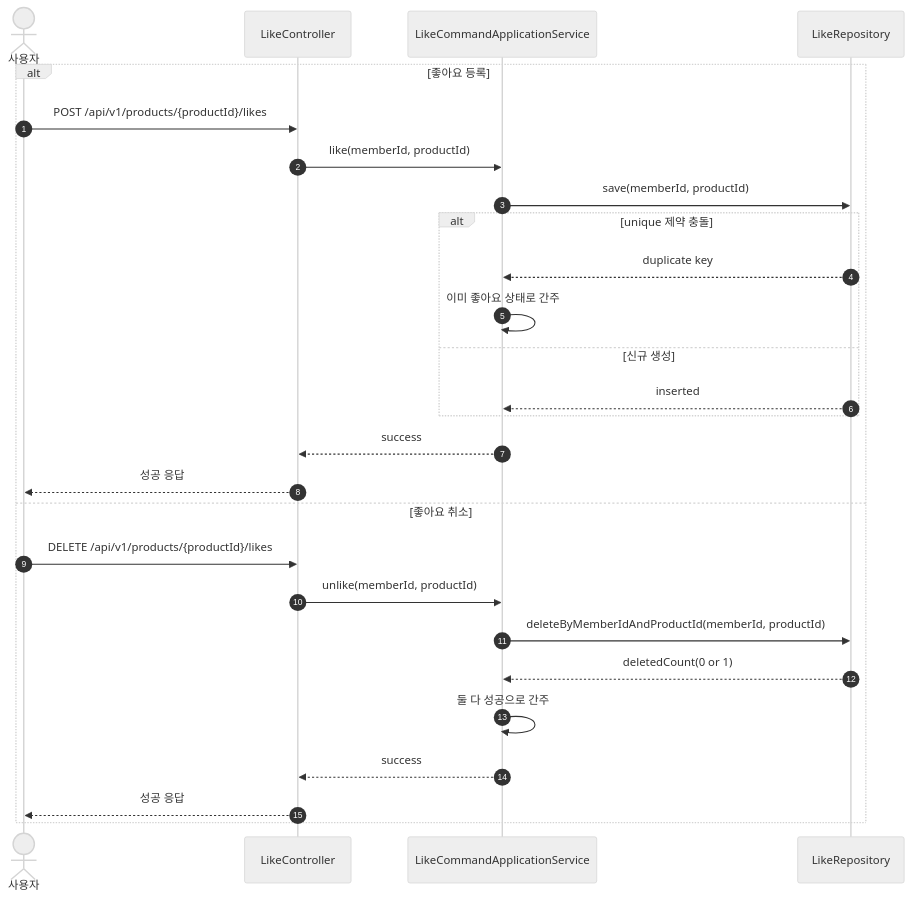
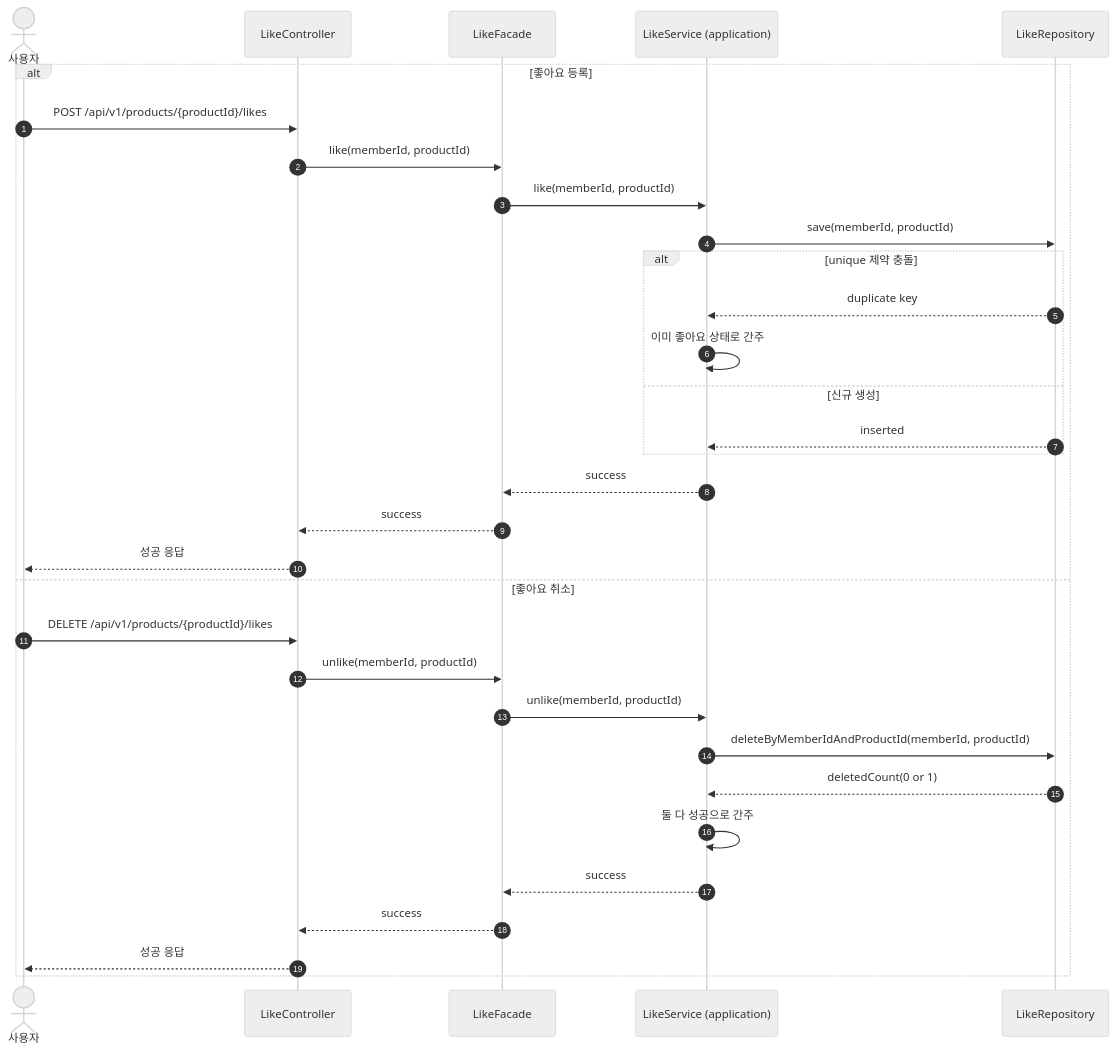
The diagram in docs/week2/06-sequence-like-command.md (loopers-labs/loop-pack-be-l2-vol4-kotlin), drawn with Mermaid (neutral theme) before and after one commit. The commit also changed other lines of this file and 6 other files, not shown here.

````diff
--- a/docs/week2/06-sequence-like-command.md
+++ b/docs/week2/06-sequence-like-command.md
@@ -10,30 +10,35 @@
 ```mermaid
 sequenceDiagram
     autonumber
     actor User as 사용자
     participant LikeController as LikeController
-    participant LikeAppService as LikeCommandApplicationService
+    participant LikeFacade as LikeFacade
+    participant LikeService as LikeService (application)
     participant LikeRepo as LikeRepository
 
     alt 좋아요 등록
         User->>LikeController: POST /api/v1/products/{productId}/likes
-        LikeController->>LikeAppService: like(memberId, productId)
-        LikeAppService->>LikeRepo: save(memberId, productId)
+        LikeController->>LikeFacade: like(memberId, productId)
+        LikeFacade->>LikeService: like(memberId, productId)
+        LikeService->>LikeRepo: save(memberId, productId)
         alt unique 제약 충돌
-            LikeRepo-->>LikeAppService: duplicate key
-            LikeAppService->>LikeAppService: 이미 좋아요 상태로 간주
+            LikeRepo-->>LikeService: duplicate key
+            LikeService->>LikeService: 이미 좋아요 상태로 간주
         else 신규 생성
-            LikeRepo-->>LikeAppService: inserted
+            LikeRepo-->>LikeService: inserted
         end
-        LikeAppService-->>LikeController: success
+        LikeService-->>LikeFacade: success
+        LikeFacade-->>LikeController: success
         LikeController-->>User: 성공 응답
     else 좋아요 취소
         User->>LikeController: DELETE /api/v1/products/{productId}/likes
-        LikeController->>LikeAppService: unlike(memberId, productId)
-        LikeAppService->>LikeRepo: deleteByMemberIdAndProductId(memberId, productId)
-        LikeRepo-->>LikeAppService: deletedCount(0 or 1)
-        LikeAppService->>LikeAppService: 둘 다 성공으로 간주
-        LikeAppService-->>LikeController: success
+        LikeController->>LikeFacade: unlike(memberId, productId)
+        LikeFacade->>LikeService: unlike(memberId, productId)
+        LikeService->>LikeRepo: deleteByMemberIdAndProductId(memberId, productId)
+        LikeRepo-->>LikeService: deletedCount(0 or 1)
+        LikeService->>LikeService: 둘 다 성공으로 간주
+        LikeService-->>LikeFacade: success
+        LikeFacade-->>LikeController: success
         LikeController-->>User: 성공 응답
     end
 ```
````
